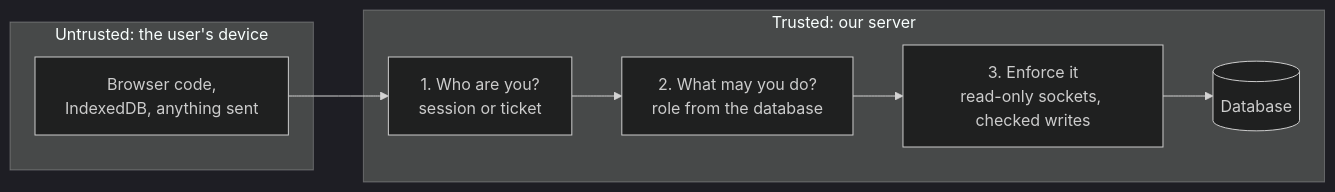
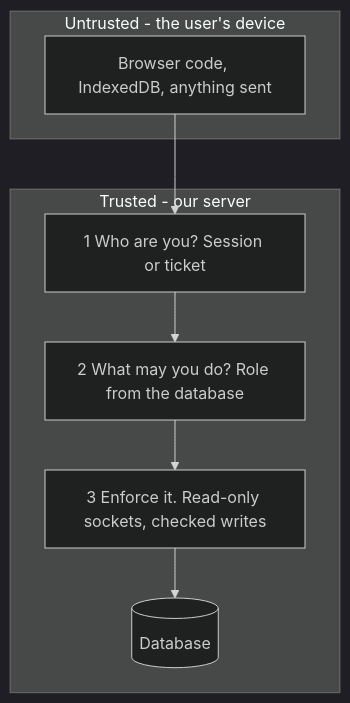
The sixth of 7 diagrams in docs/architecture-hld.md (syncspace-app/syncspace), drawn with Mermaid (dark theme) before and after one commit. The commit also changed other lines of this file and 2 other files, not shown here.

````diff
--- a/docs/architecture-hld.md
+++ b/docs/architecture-hld.md
@@ -284,13 +310,13 @@
 ```mermaid
-flowchart LR
-  subgraph U["Untrusted: the user's device"]
-    B["Browser code,<br/>IndexedDB, anything sent"]
+flowchart TB
+  subgraph U[Untrusted - the user's device]
+    C[Browser code, IndexedDB, anything sent]
   end
-  subgraph T["Trusted: our server"]
-    G1["1. Who are you?<br/>session or ticket"]
-    G2["2. What may you do?<br/>role from the database"]
-    G3["3. Enforce it<br/>read-only sockets, checked writes"]
-    DB[("Database")]
+  subgraph T[Trusted - our server]
+    I[1 Who are you? Session or ticket]
+    R[2 What may you do? Role from the database]
+    E[3 Enforce it. Read-only sockets, checked writes]
+    DB[(Database)]
   end
-  B --> G1 --> G2 --> G3 --> DB
+  C --> I --> R --> E --> DB
 ```
````
